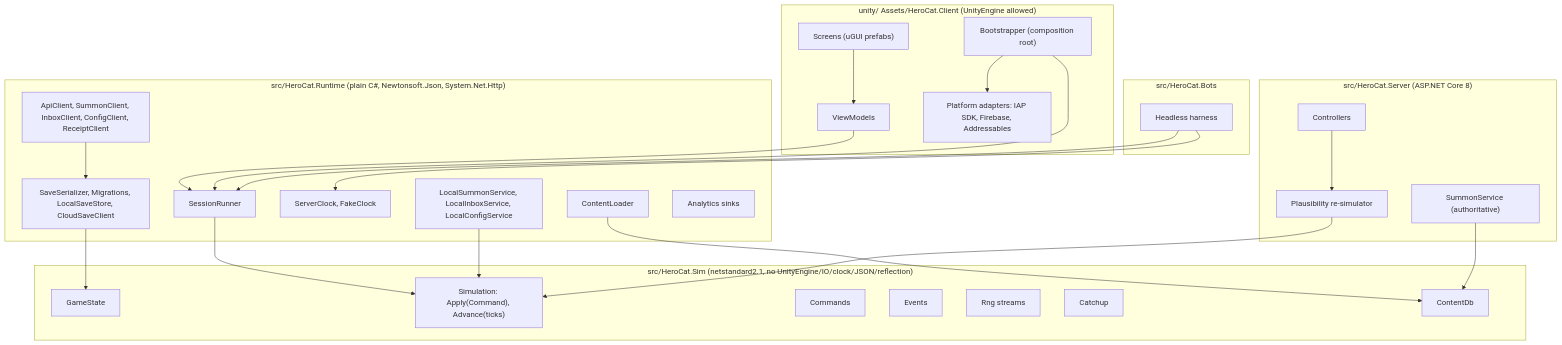
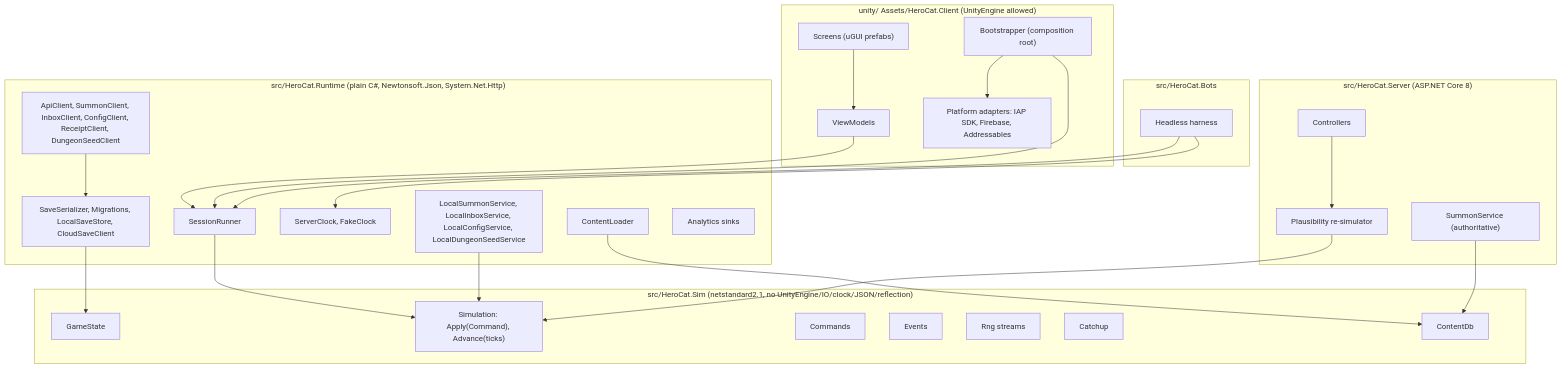
One commit to kjew2/herocat changed the first of 15 diagrams in specs/01-architecture-and-data-flow.md. Above: the diagram before and after it, drawn with Mermaid. The commit also changed other lines of this file and 9 other files, not shown here.

````diff
--- a/specs/01-architecture-and-data-flow.md
+++ b/specs/01-architecture-and-data-flow.md
@@ -13,47 +13,47 @@
 ```mermaid
 flowchart TB
     subgraph Unity["unity/ Assets/HeroCat.Client (UnityEngine allowed)"]
         Screens["Screens (uGUI prefabs)"]
         VMs["ViewModels"]
         Boot["Bootstrapper (composition root)"]
         Platform["Platform adapters: IAP SDK, Firebase, Addressables"]
     end
     subgraph Runtime["src/HeroCat.Runtime (plain C#, Newtonsoft.Json, System.Net.Http)"]
         Runner["SessionRunner"]
         Save["SaveSerializer, Migrations, LocalSaveStore, CloudSaveClient"]
         Clock["ServerClock, FakeClock"]
-        Net["ApiClient, SummonClient, InboxClient, ConfigClient, ReceiptClient"]
-        Local["LocalSummonService, LocalInboxService, LocalConfigService"]
+        Net["ApiClient, SummonClient, InboxClient, ConfigClient, ReceiptClient, DungeonSeedClient"]
+        Local["LocalSummonService, LocalInboxService, LocalConfigService, LocalDungeonSeedService"]
         Content["ContentLoader"]
         Analytics["Analytics sinks"]
     end
     subgraph Sim["src/HeroCat.Sim (netstandard2.1, no UnityEngine/IO/clock/JSON/reflection)"]
         GS["GameState"]
         Simulation["Simulation: Apply(Command), Advance(ticks)"]
         Cmds["Commands"]
         Evts["Events"]
         Rng["Rng streams"]
         Catchup["Catchup"]
         ContentDb["ContentDb"]
     end
     subgraph Server["src/HeroCat.Server (ASP.NET Core 8)"]
         Api["Controllers"]
         Resim["Plausibility re-simulator"]
         SummonSvc["SummonService (authoritative)"]
     end
     subgraph Bots["src/HeroCat.Bots"]
         Harness["Headless harness"]
     end
     Screens --> VMs --> Runner
     Boot --> Runner
     Boot --> Platform
     Runner --> Simulation
     Save --> GS
     Net --> Save
     Local --> Simulation
     Content --> ContentDb
     Api --> Resim --> Simulation
     SummonSvc --> ContentDb
     Harness --> Runner
     Harness --> Clock
 ```
````
